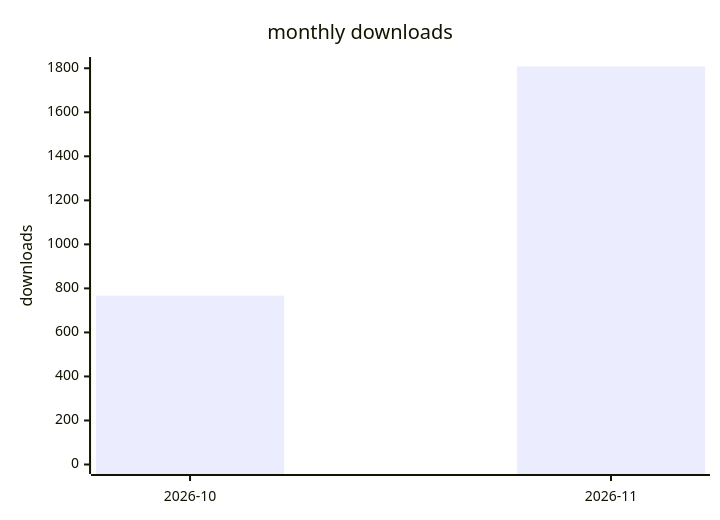
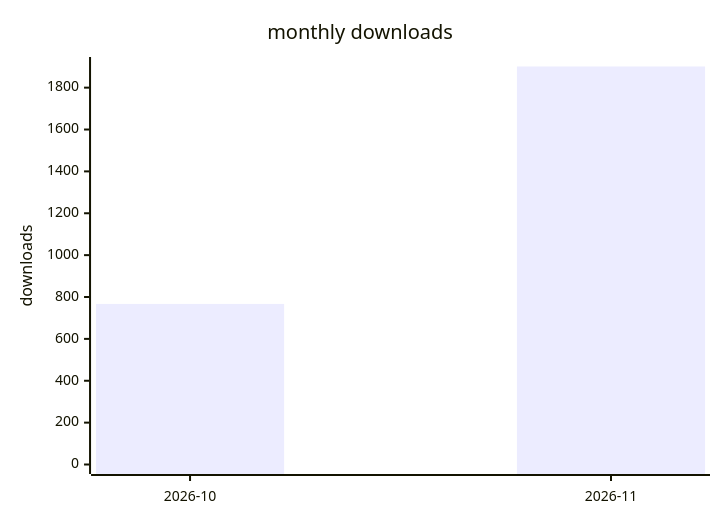
Before and after one commit to terry2010/opencode-loop-recover: the second of 2 diagrams in docs/downloads-2026.md, drawn with Mermaid. The commit also changed other lines of this file and 1 other file, not shown here.

````diff
--- a/docs/downloads-2026.md
+++ b/docs/downloads-2026.md
@@ -29,7 +29,7 @@
 ```mermaid
 xychart-beta
     title "monthly downloads"
     x-axis ["2026-10", "2026-11"]
-    y-axis "downloads" 0 --> 1808
-    bar [767, 1808]
+    y-axis "downloads" 0 --> 1901
+    bar [767, 1901]
 ```
````
